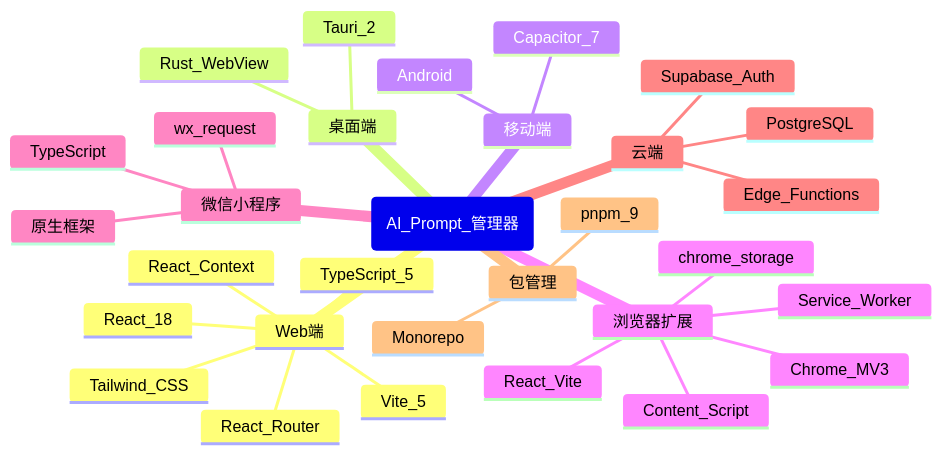
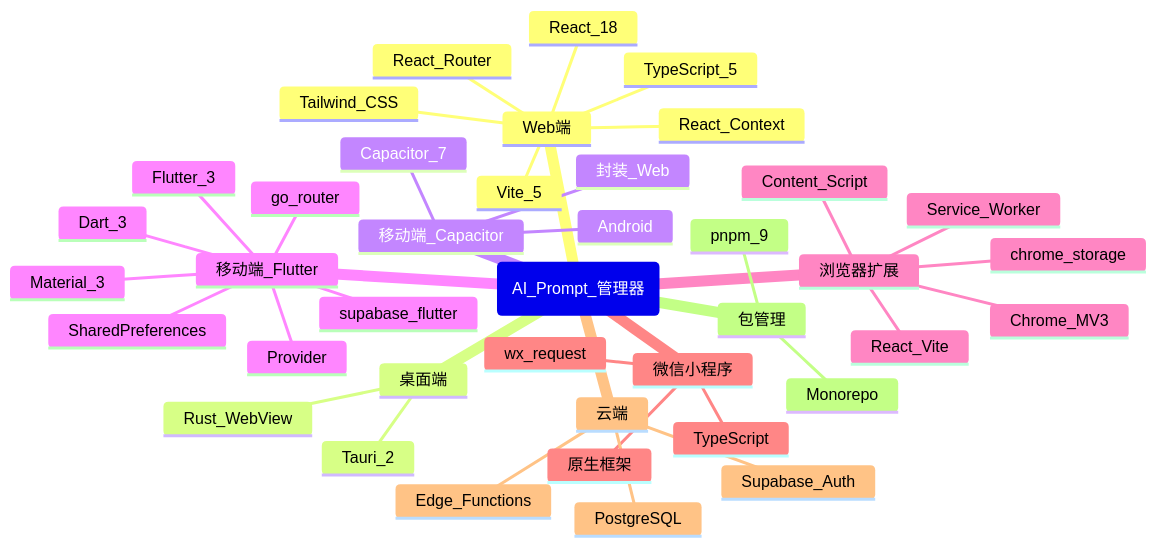
Before and after one commit to longlong007/PromptsManager: the ninth of 9 diagrams in note/arch.mmd, drawn with Mermaid. The commit also changed other lines of this file and 15 other files, not shown here.

Commit message:
feat: 优化画图

````diff
--- a/note/arch.mmd
+++ b/note/arch.mmd
@@ -278,34 +343,43 @@
 ```mermaid
 mindmap
     root(AI_Prompt_管理器)
         Web端
             React_18
             TypeScript_5
             Vite_5
             Tailwind_CSS
             React_Router
             React_Context
         桌面端
             Tauri_2
             Rust_WebView
-        移动端
+        移动端_Capacitor
             Capacitor_7
             Android
+            封装_Web
+        移动端_Flutter
+            Flutter_3
+            Dart_3
+            Provider
+            go_router
+            supabase_flutter
+            SharedPreferences
+            Material_3
         浏览器扩展
             Chrome_MV3
             React_Vite
             chrome_storage
             Service_Worker
             Content_Script
         微信小程序
             原生框架
             TypeScript
             wx_request
         云端
             Supabase_Auth
             PostgreSQL
             Edge_Functions
         包管理
             pnpm_9
             Monorepo
 ```
````
